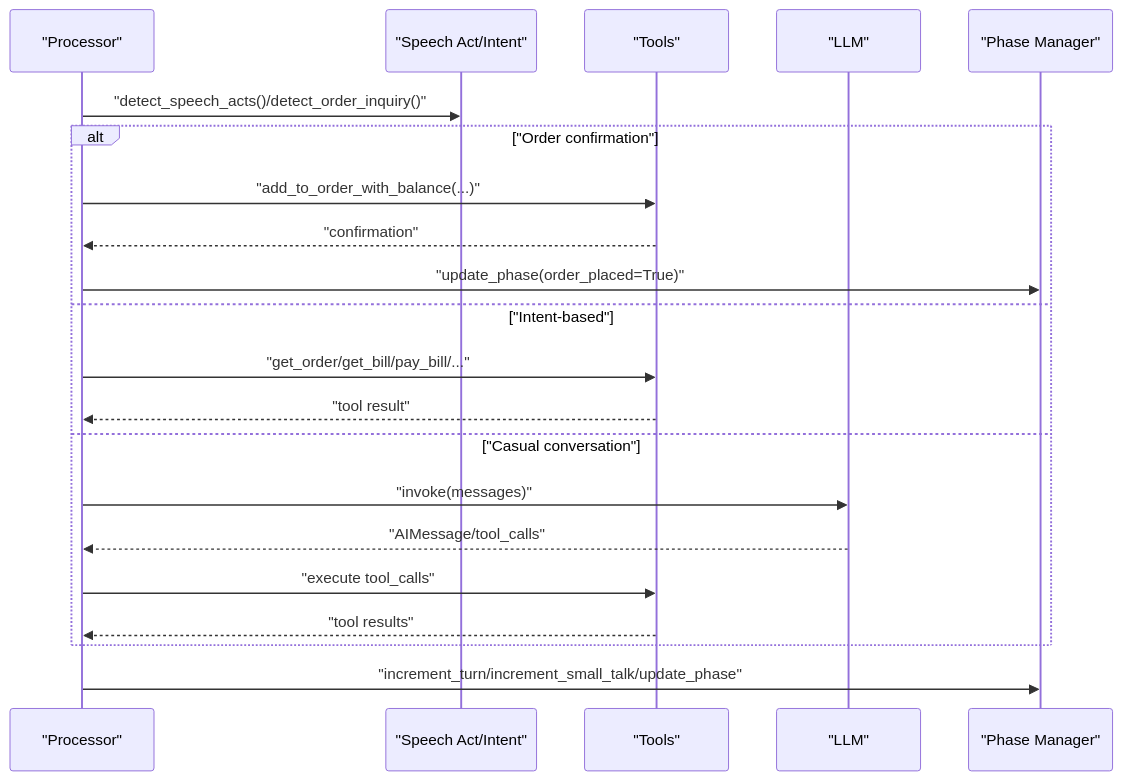
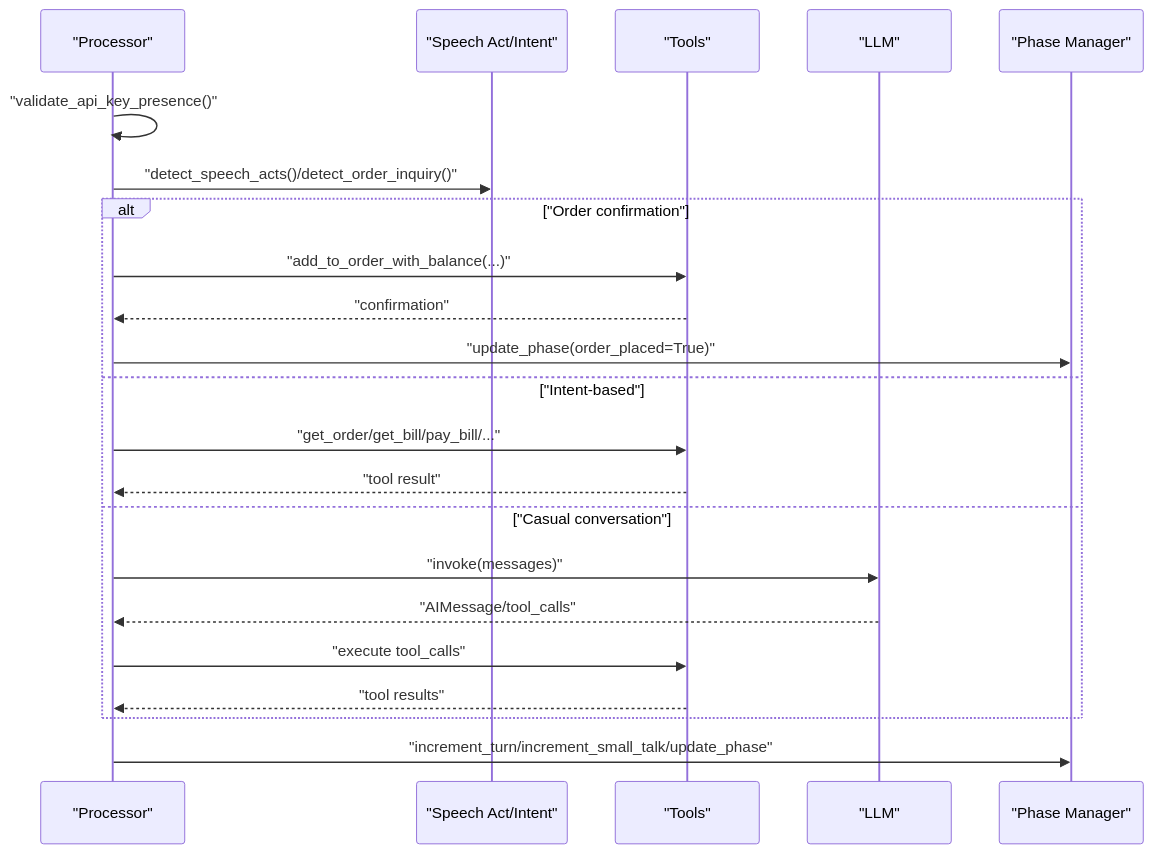
Before and after one commit to MOK-5-ha/MayaMCP: the sixth of 10 diagrams in .qoder/repowiki/en/content/Core Architecture/State Management Patterns.md, drawn with Mermaid. The commit also changed other lines of this file and 27 other files, not shown here.

````diff
--- a/.qoder/repowiki/en/content/Core Architecture/State Management Patterns.md
+++ b/.qoder/repowiki/en/content/Core Architecture/State Management Patterns.md
@@ -248,23 +352,24 @@
 ```mermaid
 sequenceDiagram
 participant Proc as "Processor"
 participant Detect as "Speech Act/Intent"
 participant Tools as "Tools"
 participant LLM as "LLM"
 participant PM as "Phase Manager"
+Proc->>Proc : "validate_api_key_presence()"
 Proc->>Detect : "detect_speech_acts()/detect_order_inquiry()"
 alt "Order confirmation"
 Proc->>Tools : "add_to_order_with_balance(...)"
 Tools-->>Proc : "confirmation"
 Proc->>PM : "update_phase(order_placed=True)"
 else "Intent-based"
 Proc->>Tools : "get_order/get_bill/pay_bill/..."
 Tools-->>Proc : "tool result"
 else "Casual conversation"
 Proc->>LLM : "invoke(messages)"
 LLM-->>Proc : "AIMessage/tool_calls"
 Proc->>Tools : "execute tool_calls"
 Tools-->>Proc : "tool results"
 end
 Proc->>PM : "increment_turn/increment_small_talk/update_phase"
 ```
````
